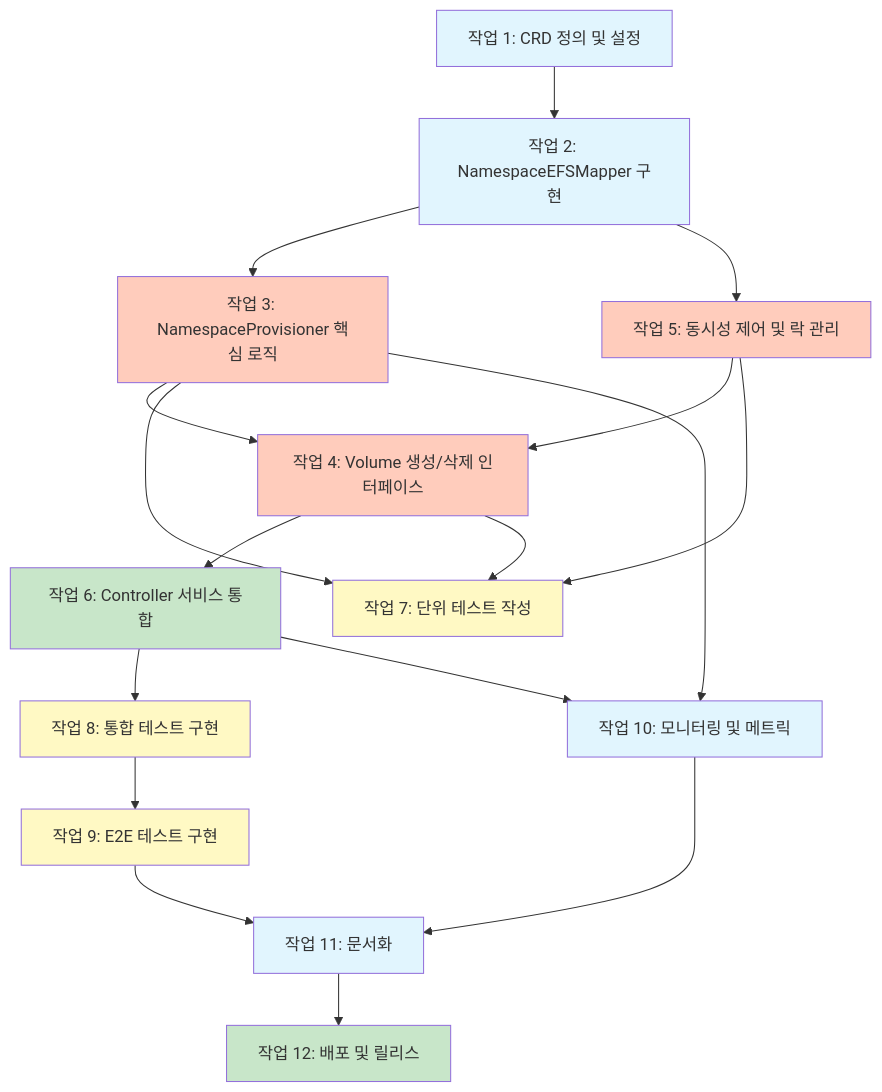
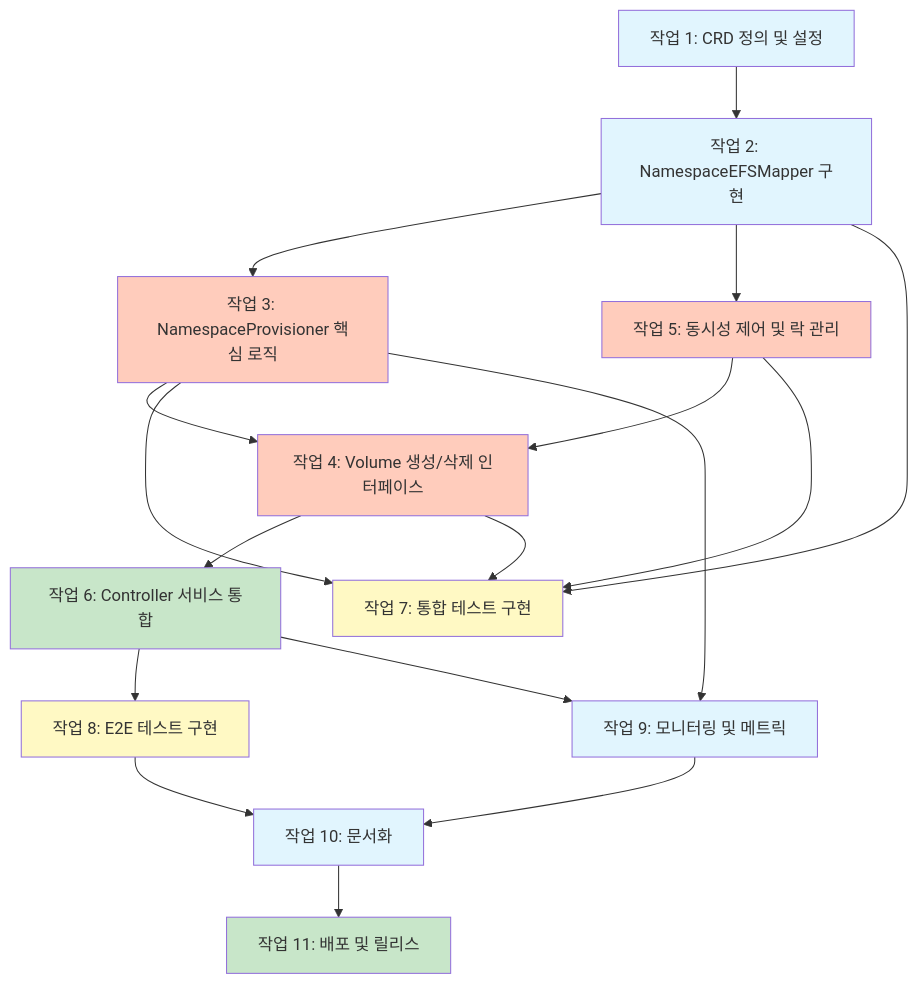
One commit to ProtoPie/aws-efs-csi-driver changed the diagram in .claude/specs/efs-ns-provisioning/tasks.md. Above: the diagram before and after it, drawn with Mermaid. The commit also changed other lines of this file and 9 other files, not shown here.

````diff
--- a/.claude/specs/efs-ns-provisioning/tasks.md
+++ b/.claude/specs/efs-ns-provisioning/tasks.md
@@ -342,48 +329,49 @@
 ```mermaid
 flowchart TD
     T1[작업 1: CRD 정의 및 설정]
     T2[작업 2: NamespaceEFSMapper 구현]
     T3[작업 3: NamespaceProvisioner 핵심 로직]
     T4[작업 4: Volume 생성/삭제 인터페이스]
     T5[작업 5: 동시성 제어 및 락 관리]
     T6[작업 6: Controller 서비스 통합]
-    T7[작업 7: 단위 테스트 작성]
-    T8[작업 8: 통합 테스트 구현]
-    T9[작업 9: E2E 테스트 구현]
-    T10[작업 10: 모니터링 및 메트릭]
-    T11[작업 11: 문서화]
-    T12[작업 12: 배포 및 릴리스]
+    T7[작업 7: 통합 테스트 구현]
+    T8[작업 8: E2E 테스트 구현]
+    T9[작업 9: 모니터링 및 메트릭]
+    T10[작업 10: 문서화]
+    T11[작업 11: 배포 및 릴리스]
 
     T1 --> T2
     T2 --> T3
     T2 --> T5
     T3 --> T4
     T5 --> T4
     T4 --> T6
 
+    %% 통합 테스트는 각 컴포넌트 완료 시 시작 가능
+    T2 --> T7
     T3 --> T7
     T4 --> T7
     T5 --> T7
+
+    %% E2E 테스트는 Controller 통합 완료 시 시작 가능
     T6 --> T8
-    T8 --> T9
 
-    T3 --> T10
-    T6 --> T10
+    T3 --> T9
+    T6 --> T9
 
-    T9 --> T11
+    T8 --> T10
+    T9 --> T10
     T10 --> T11
-    T11 --> T12
 
     style T1 fill:#e1f5fe
     style T2 fill:#e1f5fe
     style T3 fill:#ffccbc
     style T4 fill:#ffccbc
     style T5 fill:#ffccbc
     style T6 fill:#c8e6c9
     style T7 fill:#fff9c4
     style T8 fill:#fff9c4
-    style T9 fill:#fff9c4
+    style T9 fill:#e1f5fe
     style T10 fill:#e1f5fe
-    style T11 fill:#e1f5fe
-    style T12 fill:#c8e6c9
+    style T11 fill:#c8e6c9
 ```
````
